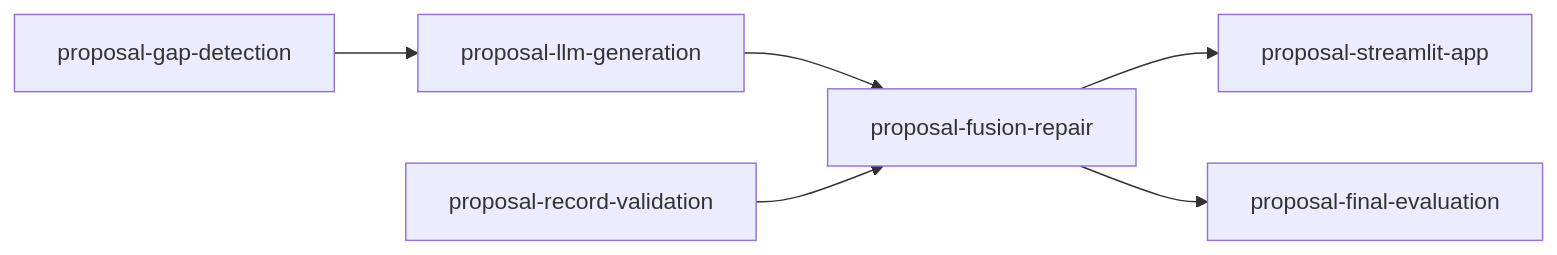
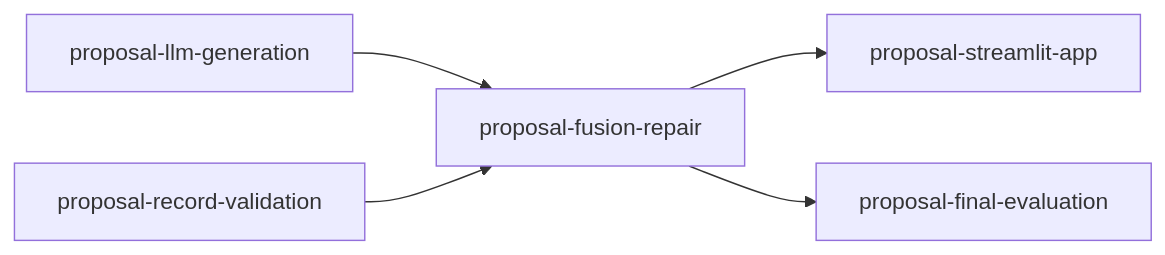
One commit to joe-dartmouth/synthetic changed the diagram in tasks/proposal-index.md. Above: the diagram before and after it, drawn with Mermaid. The commit also changed other lines of this file and 39 other files, not shown here.

First line of the commit message:
Detect BKO and count-based gaps (proposal-gap-detection) (#12)

````diff
--- a/tasks/proposal-index.md
+++ b/tasks/proposal-index.md
@@ -19,8 +18,7 @@
 ```mermaid
 flowchart LR
-    gap_detection[proposal-gap-detection] --> llm_generation[proposal-llm-generation]
     llm_generation[proposal-llm-generation] --> fusion_repair[proposal-fusion-repair]
     record_validation[proposal-record-validation] --> fusion_repair[proposal-fusion-repair]
     fusion_repair[proposal-fusion-repair] --> streamlit_app[proposal-streamlit-app]
     fusion_repair[proposal-fusion-repair] --> final_evaluation[proposal-final-evaluation]
 ```
````
